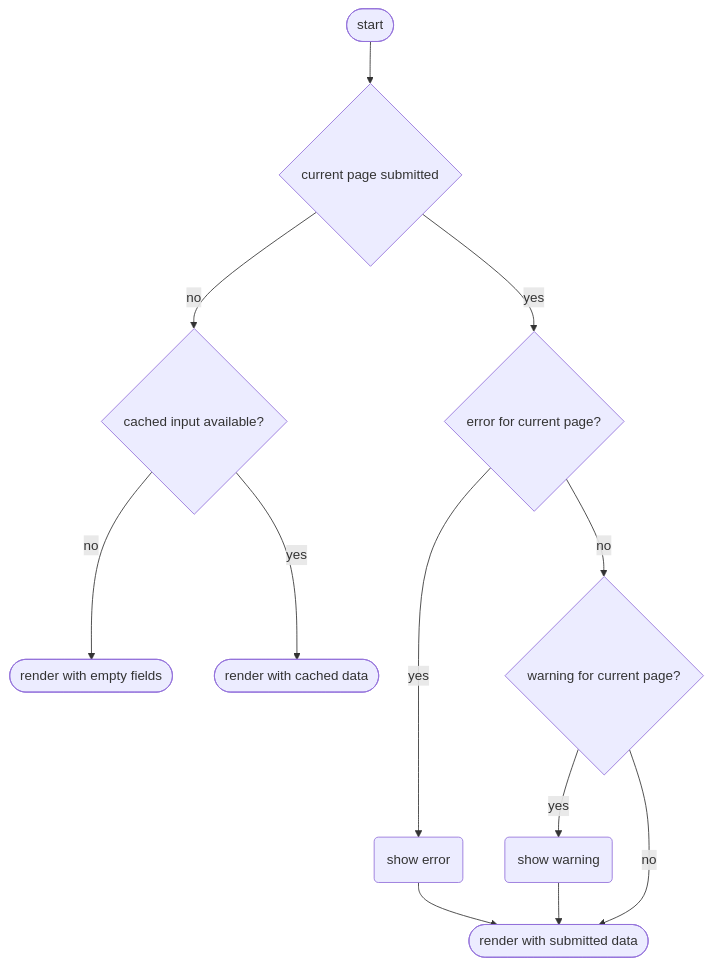
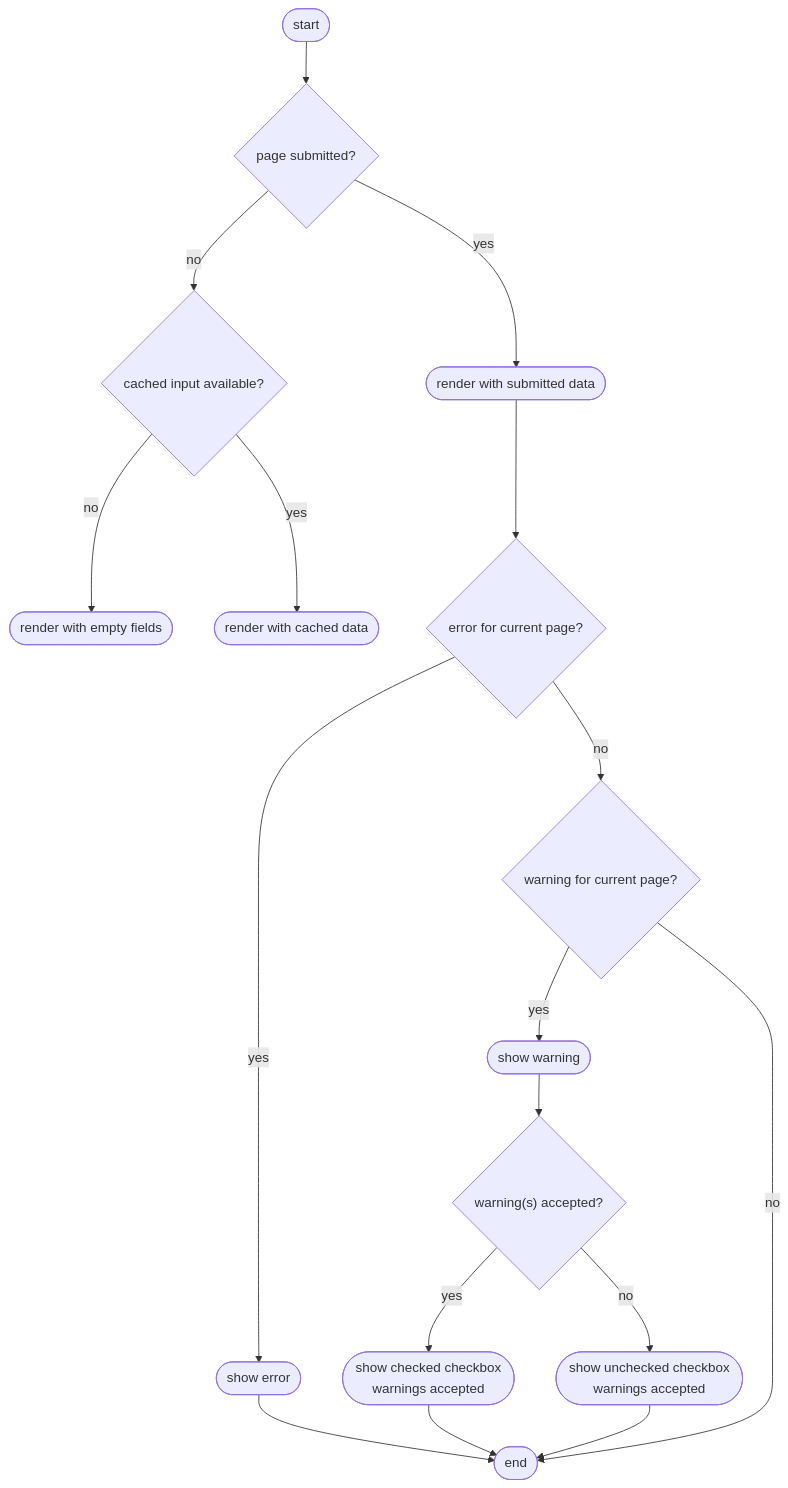
The second of 4 diagrams in documentatie/flowcharts/date-entry-forms.md (kiesraad/abacus), drawn with Mermaid before and after one commit.

Commit message:
improves render form chart

````diff
--- a/documentatie/flowcharts/date-entry-forms.md
+++ b/documentatie/flowcharts/date-entry-forms.md
@@ -61,34 +61,47 @@
 ```mermaid
 flowchart TD
 
     %% elements
     flow-start([start])
 
     render-empty-fields([render with empty fields])
     render-cached-data([render with cached data])
+    flow-end([end])
+
     render-submitted-data([render with submitted data])
 
-    show-error(show error)
-    show-warning(show warning)
+    show-error([show error])
+    show-warning([show warning])
+    show-checked-accepted(["show checked checkbox
+        warnings accepted"])
+    show-unchecked-accepted(["show unchecked checkbox
+        warnings accepted"])
 
-    cur-page-submitted{current page submitted}
+    page-submitted{page submitted?}
     error-cur-page{error for current page?}
     warning-cur-page{warning for current page?}
     cached-input-available{cached input available?}
+    warning-accepted{"warning(s) accepted?"}
 
     %% flow
-    flow-start --> cur-page-submitted
+    flow-start --> page-submitted
 
-    cur-page-submitted -- no --> cached-input-available
+    page-submitted -- no --> cached-input-available
     cached-input-available -- yes --> render-cached-data
     cached-input-available -- no --> render-empty-fields
-    cur-page-submitted -- yes --> error-cur-page
+    page-submitted -- yes --> render-submitted-data
+    
+    render-submitted-data --> error-cur-page
 
     error-cur-page -- yes --> show-error
-    show-error --> render-submitted-data
+    show-error --> flow-end
     error-cur-page -- no --> warning-cur-page
 
     warning-cur-page -- yes --> show-warning
-    show-warning --> render-submitted-data
-    warning-cur-page -- no --> render-submitted-data
+    show-warning --> warning-accepted
+    warning-accepted -- yes --> show-checked-accepted
+    warning-accepted -- no --> show-unchecked-accepted
+    show-checked-accepted --> flow-end
+    show-unchecked-accepted --> flow-end
+    warning-cur-page -- no --> flow-end
 ```
````
